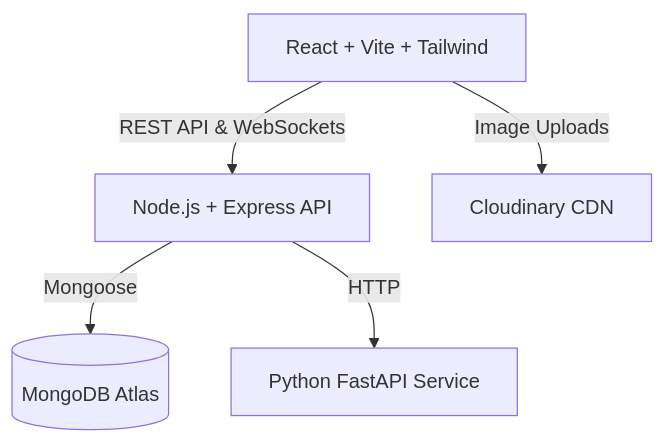
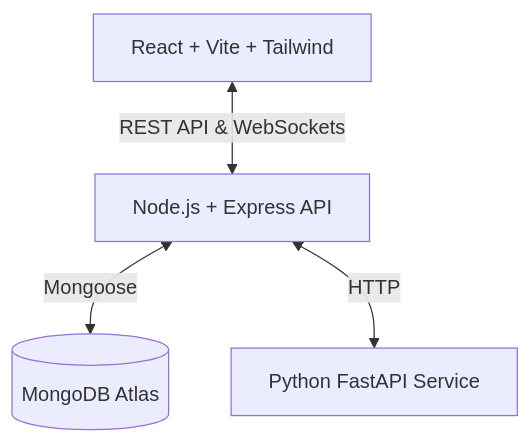
The diagram in README.md (dhiraj-init/Collex), drawn with Mermaid before and after one commit. The commit also changed other lines of this file and 9 other files, not shown here.

````diff
--- a/README.md
+++ b/README.md
@@ -23,7 +36,6 @@
 ```mermaid
 graph TD
-    Client[React + Vite + Tailwind] -->|REST API & WebSockets| NodeGateway[Node.js + Express API]
-    NodeGateway -->|Mongoose| MongoDB[(MongoDB Atlas)]
-    NodeGateway -->|HTTP| MLService[Python FastAPI Service]
-    Client -->|Image Uploads| Cloudinary[Cloudinary CDN]
+    Client[React + Vite + Tailwind] <-->|REST API & WebSockets| NodeGateway[Node.js + Express API]
+    NodeGateway <-->|Mongoose| MongoDB[(MongoDB Atlas)]
+    NodeGateway <-->|HTTP| MLService[Python FastAPI Service]
 ```
````
